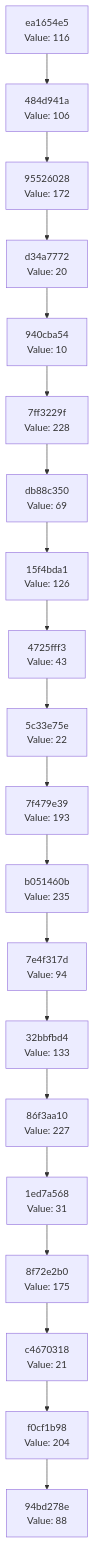
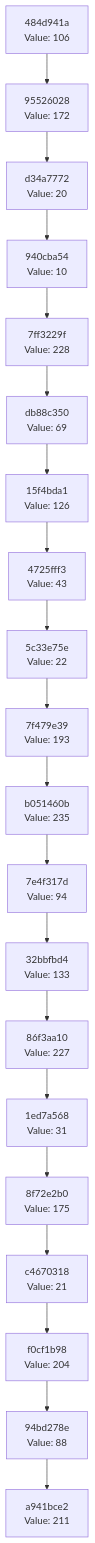
One commit to Abhisheksinha1506/hash-chain-evolver changed the diagram in docs/CHAIN_VISUALIZATION.md. Above: the diagram before and after it, drawn with Mermaid. The commit also changed 2 other files, not shown here.

Commit message:
Evolution step: hash 0xD3 → action executed

````diff
--- a/docs/CHAIN_VISUALIZATION.md
+++ b/docs/CHAIN_VISUALIZATION.md
@@ -3,42 +3,42 @@
 ```mermaid
 graph TD
-    C0["94bd278e<br/>Value: 88"]
-    C1["f0cf1b98<br/>Value: 204"]
+    C0["a941bce2<br/>Value: 211"]
+    C1["94bd278e<br/>Value: 88"]
     C1 --> C0
-    C2["c4670318<br/>Value: 21"]
+    C2["f0cf1b98<br/>Value: 204"]
     C2 --> C1
-    C3["8f72e2b0<br/>Value: 175"]
+    C3["c4670318<br/>Value: 21"]
     C3 --> C2
-    C4["1ed7a568<br/>Value: 31"]
+    C4["8f72e2b0<br/>Value: 175"]
     C4 --> C3
-    C5["86f3aa10<br/>Value: 227"]
+    C5["1ed7a568<br/>Value: 31"]
     C5 --> C4
-    C6["32bbfbd4<br/>Value: 133"]
+    C6["86f3aa10<br/>Value: 227"]
     C6 --> C5
-    C7["7e4f317d<br/>Value: 94"]
+    C7["32bbfbd4<br/>Value: 133"]
     C7 --> C6
-    C8["b051460b<br/>Value: 235"]
+    C8["7e4f317d<br/>Value: 94"]
     C8 --> C7
-    C9["7f479e39<br/>Value: 193"]
+    C9["b051460b<br/>Value: 235"]
     C9 --> C8
-    C10["5c33e75e<br/>Value: 22"]
+    C10["7f479e39<br/>Value: 193"]
     C10 --> C9
-    C11["4725fff3<br/>Value: 43"]
+    C11["5c33e75e<br/>Value: 22"]
     C11 --> C10
-    C12["15f4bda1<br/>Value: 126"]
+    C12["4725fff3<br/>Value: 43"]
     C12 --> C11
-    C13["db88c350<br/>Value: 69"]
+    C13["15f4bda1<br/>Value: 126"]
     C13 --> C12
-    C14["7ff3229f<br/>Value: 228"]
+    C14["db88c350<br/>Value: 69"]
     C14 --> C13
-    C15["940cba54<br/>Value: 10"]
+    C15["7ff3229f<br/>Value: 228"]
     C15 --> C14
-    C16["d34a7772<br/>Value: 20"]
+    C16["940cba54<br/>Value: 10"]
     C16 --> C15
-    C17["95526028<br/>Value: 172"]
+    C17["d34a7772<br/>Value: 20"]
     C17 --> C16
-    C18["484d941a<br/>Value: 106"]
+    C18["95526028<br/>Value: 172"]
     C18 --> C17
-    C19["ea1654e5<br/>Value: 116"]
+    C19["484d941a<br/>Value: 106"]
     C19 --> C18
 ```
````
